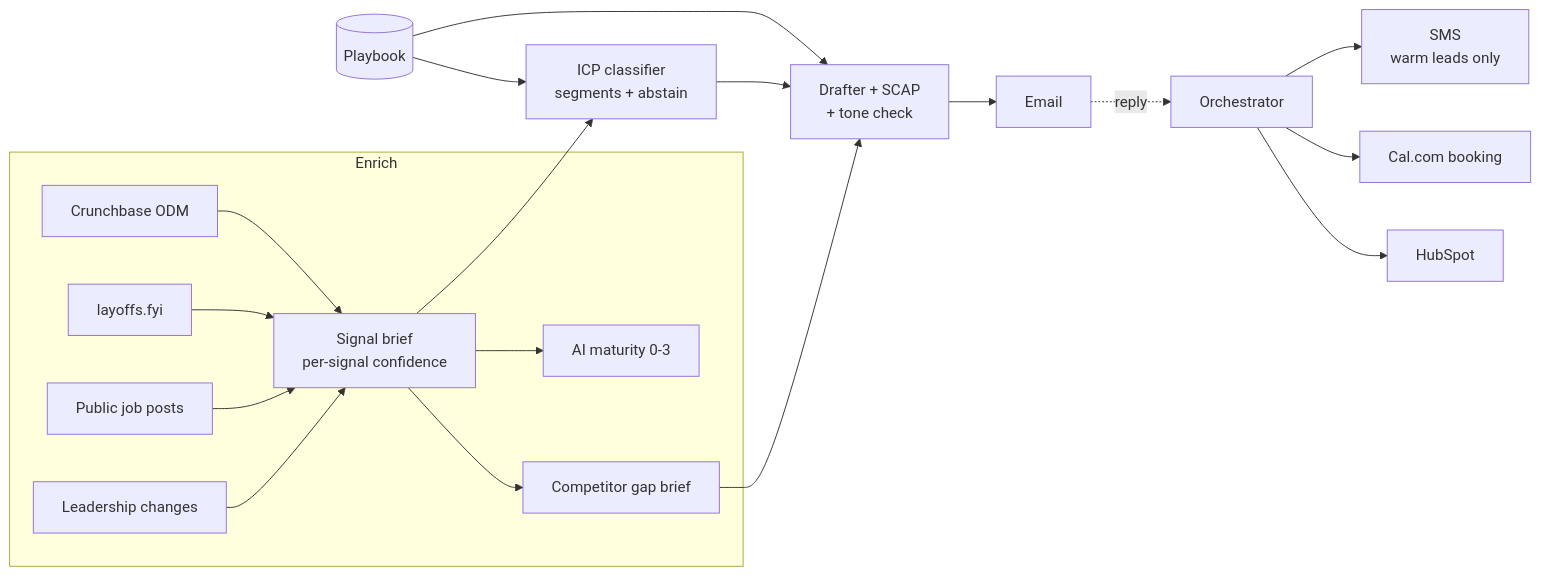
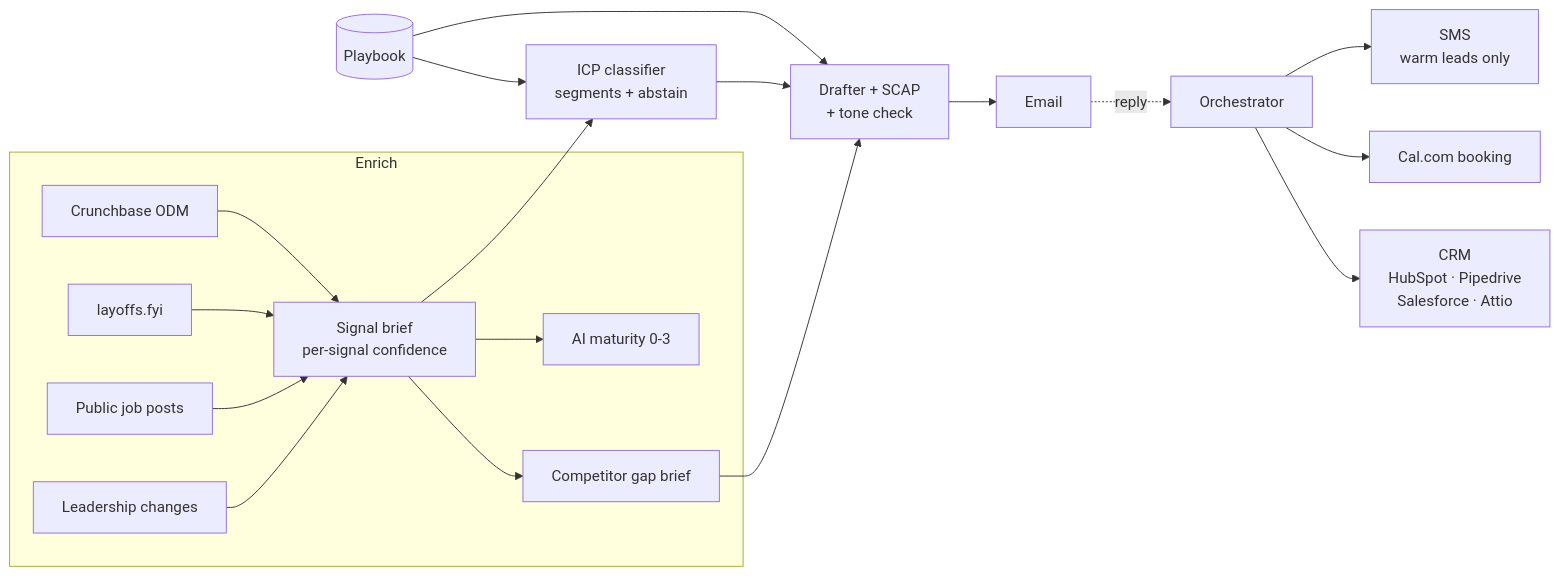
The diagram in README.md (Sanoy24/conversion-engine), drawn with Mermaid before and after one commit. The commit also changed other lines of this file and 14 other files, not shown here.

First line of the commit message:
Make the CRM pluggable: add Pipedrive, Salesforce and Attio (#2)

````diff
--- a/README.md
+++ b/README.md
@@ -25,21 +25,21 @@
 ```mermaid
 flowchart LR
     subgraph Enrich
         CB[Crunchbase ODM] --> B[Signal brief<br/>per-signal confidence]
         LO[layoffs.fyi] --> B
         JP[Public job posts] --> B
         LD[Leadership changes] --> B
         B --> AI[AI maturity 0-3]
         B --> GAP[Competitor gap brief]
     end
     PB[(Playbook)] --> ICP
     PB --> DRAFT
     B --> ICP[ICP classifier<br/>segments + abstain]
     ICP --> DRAFT[Drafter + SCAP<br/>+ tone check]
     GAP --> DRAFT
     DRAFT --> EMAIL[Email]
     EMAIL -. reply .-> ORCH[Orchestrator]
     ORCH --> SMS[SMS<br/>warm leads only]
     ORCH --> CAL[Cal.com booking]
-    ORCH --> CRM[HubSpot]
+    ORCH --> CRM[CRM<br/>HubSpot · Pipedrive<br/>Salesforce · Attio]
 ```
````
